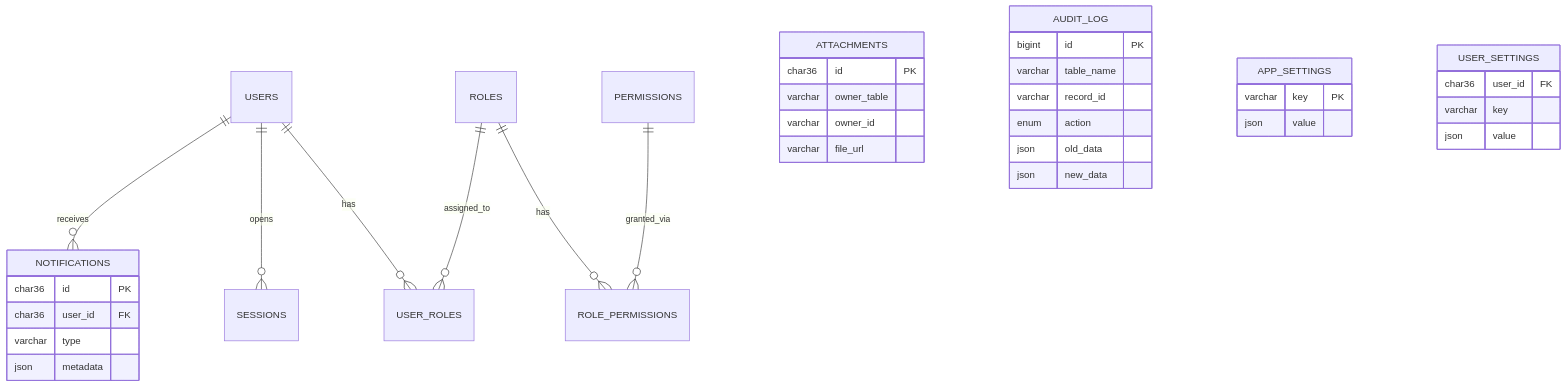
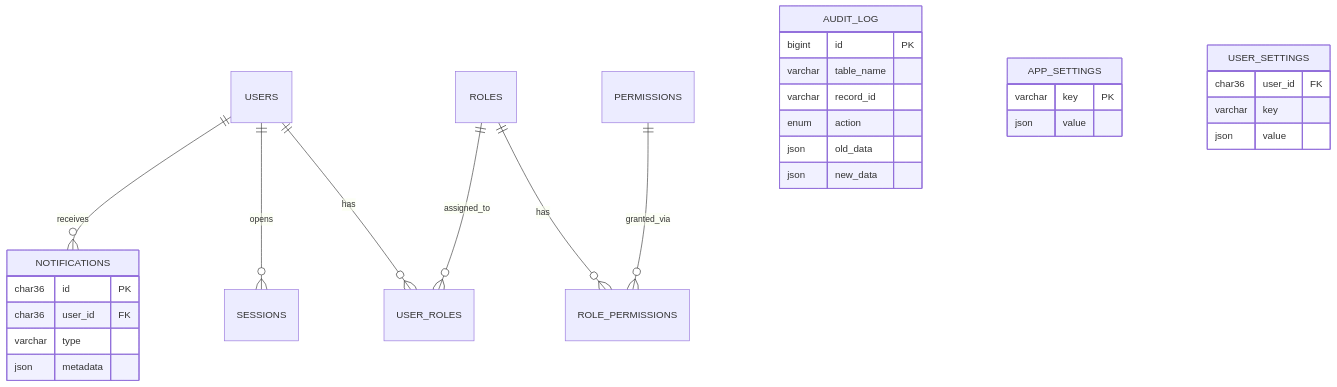
The diagram in docs/ERD.md (NietoDeveloper/MySQL_DataBase), drawn with Mermaid before and after one commit.

````diff
--- a/docs/ERD.md
+++ b/docs/ERD.md
@@ -3,44 +3,36 @@
 ```mermaid
 erDiagram
     USERS ||--o{ USER_ROLES : has
     ROLES ||--o{ USER_ROLES : assigned_to
     ROLES ||--o{ ROLE_PERMISSIONS : has
     PERMISSIONS ||--o{ ROLE_PERMISSIONS : granted_via
     USERS ||--o{ SESSIONS : opens
     USERS ||--o{ NOTIFICATIONS : receives
-
-
-    ATTACHMENTS {
-        char36 id PK
-        varchar owner_table
-        varchar owner_id
-        varchar file_url
-    }
 
     NOTIFICATIONS {
         char36 id PK
         char36 user_id FK
         varchar type
         json metadata
     }
 
     AUDIT_LOG {
         bigint id PK
         varchar table_name
         varchar record_id
         enum action
         json old_data
         json new_data
     }
 
     APP_SETTINGS {
         varchar key PK
         json value
     }
 
     USER_SETTINGS {
         char36 user_id FK
         varchar key
         json value
     }
 ```
````
